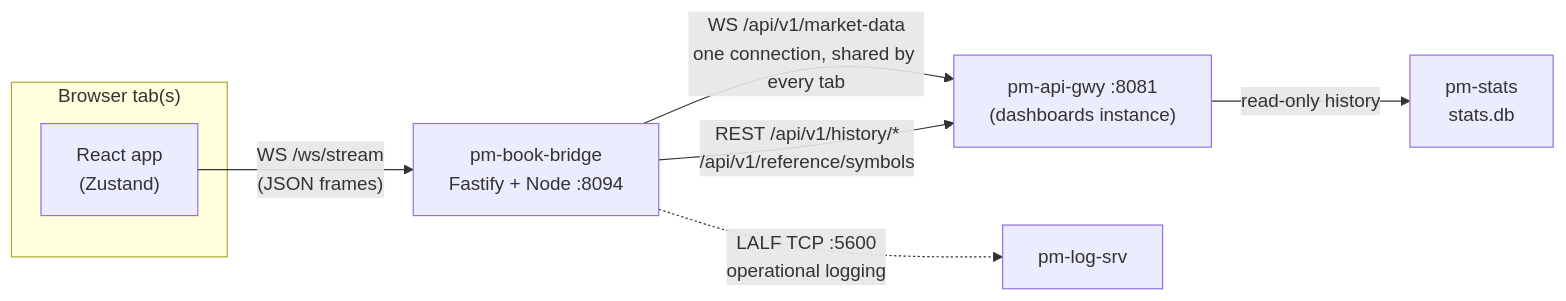
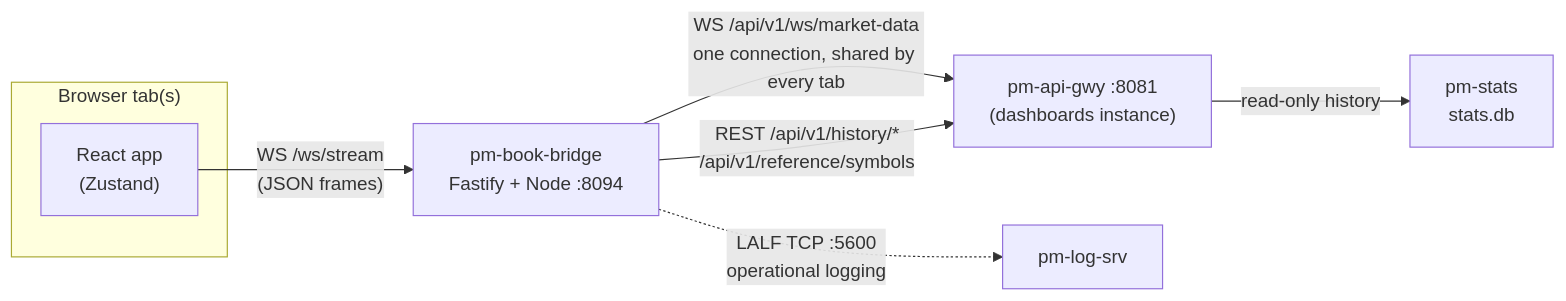
The diagram in docs/books/participant-guide/part-6-front-ends/030-order-book-gui.md (johan162/EduMatcher), drawn with Mermaid before and after one commit. The commit also changed other lines of this file and 68 other files, not shown here.

Commit message:
feat(api-gwy)!: WP-API03 freeze the v1 resource layout

````diff
--- a/docs/books/participant-guide/part-6-front-ends/030-order-book-gui.md
+++ b/docs/books/participant-guide/part-6-front-ends/030-order-book-gui.md
@@ -63,11 +63,11 @@
 ```mermaid
 flowchart LR
     subgraph Browser["Browser tab(s)"]
         UI["React app\n(Zustand)"]
     end
     UI -->|"WS /ws/stream\n(JSON frames)"| BRIDGE["pm-book-bridge\nFastify + Node :8094"]
-    BRIDGE -->|"WS /api/v1/market-data\none connection, shared by every tab"| APIGWY["pm-api-gwy :8081\n(dashboards instance)"]
+    BRIDGE -->|"WS /api/v1/ws/market-data\none connection, shared by every tab"| APIGWY["pm-api-gwy :8081\n(dashboards instance)"]
     BRIDGE -->|"REST /api/v1/history/*\n/api/v1/reference/symbols"| APIGWY
     APIGWY -->|"read-only history"| STATS["pm-stats\nstats.db"]
     BRIDGE -.->|"LALF TCP :5600\noperational logging"| LOGSRV["pm-log-srv"]
 ```
````
